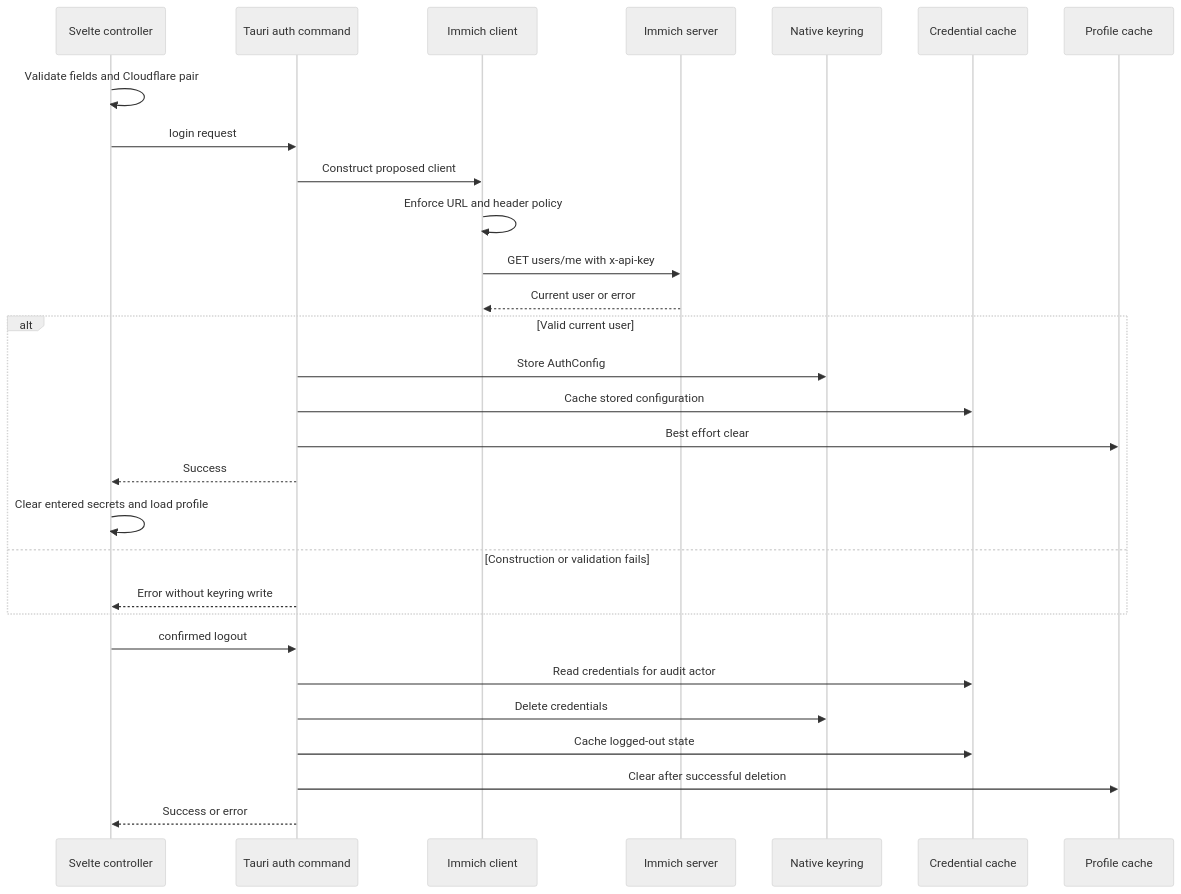
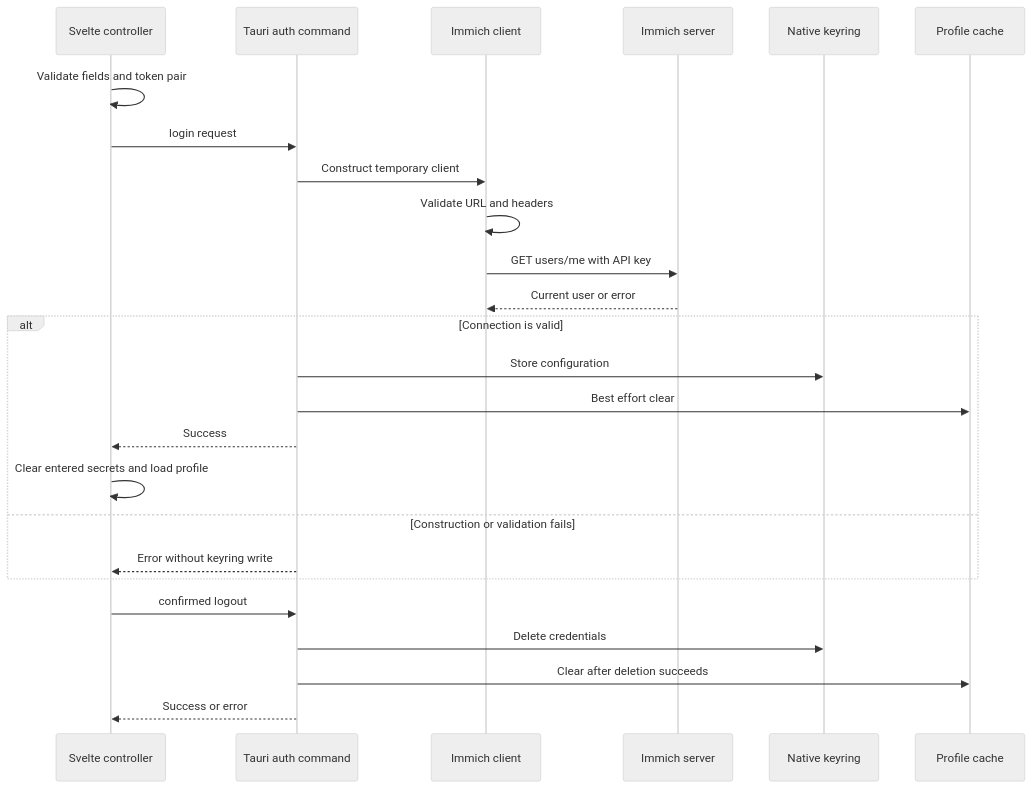
The diagram in openwiki/security/authentication.md (xXRoxXeRXx/lymic), drawn with Mermaid (neutral theme) before and after one commit. The commit also changed other lines of this file and 23 other files, not shown here.

````diff
--- a/openwiki/security/authentication.md
+++ b/openwiki/security/authentication.md
@@ -50,32 +61,28 @@
 ```mermaid
 sequenceDiagram
     participant UI as Svelte controller
     participant IPC as Tauri auth command
     participant Client as Immich client
     participant Server as Immich server
     participant Keyring as Native keyring
-    participant CredCache as Credential cache
     participant ProfileCache as Profile cache
 
-    UI->>UI: Validate fields and Cloudflare pair
+    UI->>UI: Validate fields and token pair
     UI->>IPC: login request
-    IPC->>Client: Construct proposed client
-    Client->>Client: Enforce URL and header policy
-    Client->>Server: GET users/me with x-api-key
+    IPC->>Client: Construct temporary client
+    Client->>Client: Validate URL and headers
+    Client->>Server: GET users/me with API key
     Server-->>Client: Current user or error
-    alt Valid current user
-        IPC->>Keyring: Store AuthConfig
-        IPC->>CredCache: Cache stored configuration
+    alt Connection is valid
+        IPC->>Keyring: Store configuration
         IPC->>ProfileCache: Best effort clear
         IPC-->>UI: Success
         UI->>UI: Clear entered secrets and load profile
     else Construction or validation fails
         IPC-->>UI: Error without keyring write
     end
     UI->>IPC: confirmed logout
-    IPC->>CredCache: Read credentials for audit actor
     IPC->>Keyring: Delete credentials
-    IPC->>CredCache: Cache logged-out state
-    IPC->>ProfileCache: Clear after successful deletion
+    IPC->>ProfileCache: Clear after deletion succeeds
     IPC-->>UI: Success or error
 ```
````
